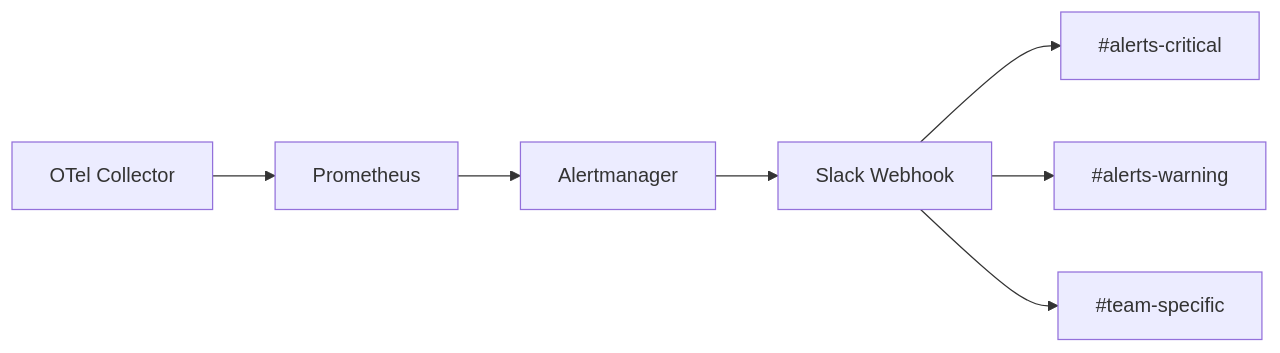
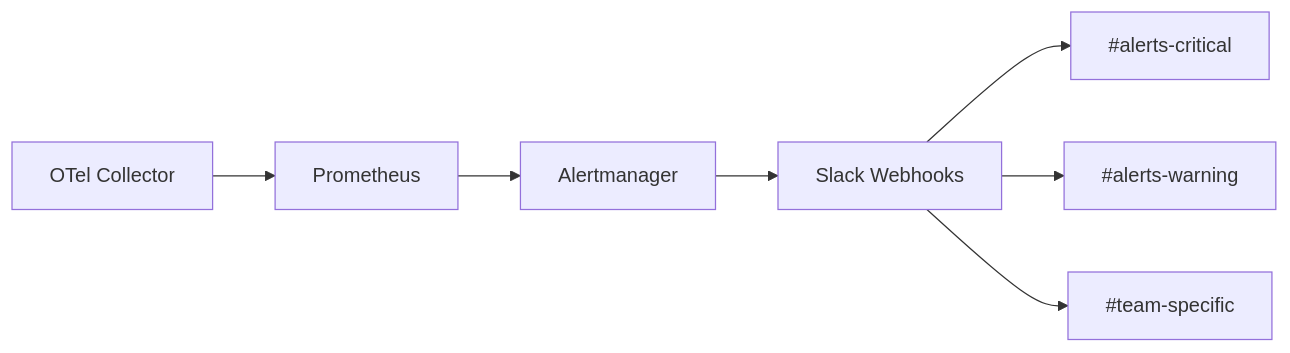
The diagram in posts/2026-02-06-otel-alert-notifications-slack-rich-context/README.md (OneUptime/blog), drawn with Mermaid before and after one commit. The commit also changed other lines of this file and 2 other files, not shown here.

Commit message:
validate: 2026-02-06-otel-alert-notifications-slack-rich-context

````diff
--- a/posts/2026-02-06-otel-alert-notifications-slack-rich-context/README.md
+++ b/posts/2026-02-06-otel-alert-notifications-slack-rich-context/README.md
@@ -17,9 +17,9 @@
 ```mermaid
 graph LR
     A[OTel Collector] --> B[Prometheus]
     B --> C[Alertmanager]
-    C --> D[Slack Webhook]
+    C --> D[Slack Webhooks]
     D --> E[#alerts-critical]
     D --> F[#alerts-warning]
     D --> G[#team-specific]
 ```
````
